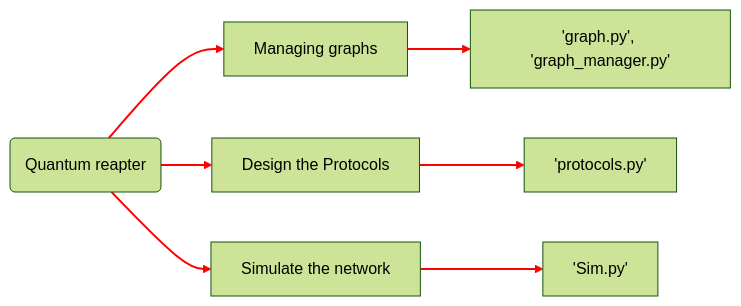
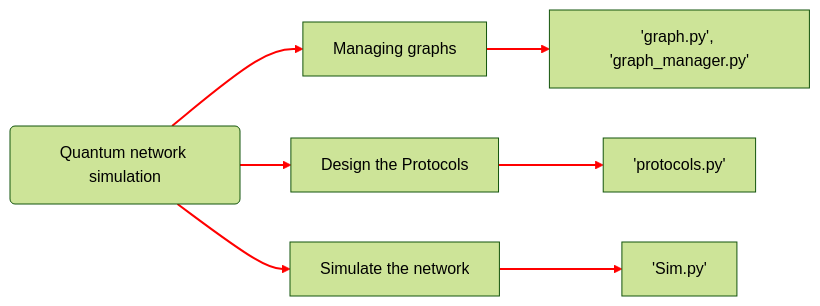
The diagram in README.md (aoa1213/process-update), drawn with Mermaid (forest theme) before and after one commit.

````diff
--- a/README.md
+++ b/README.md
@@ -19,12 +19,12 @@
 ```mermaid
 flowchart LR
     Start(Quantum network simulation) --> catogory1[Managing graphs]
     catogory1--> file1['graph.py', 'graph_manager.py']
 
-    Start(Quantum reapter) --> catogory2[Design the Protocols]
+    Start(Quantum network simulation) --> catogory2[Design the Protocols]
     catogory2--> file2['protocols.py']
     
-    Start(Quantum reapter) --> catogory3[Simulate the network]
+    Start(Quantum network simulation) --> catogory3[Simulate the network]
     catogory3[Simulate the network] --> file3['Sim.py']
     linkStyle default stroke:#ff0000,stroke-width:2px;
 ```
````
